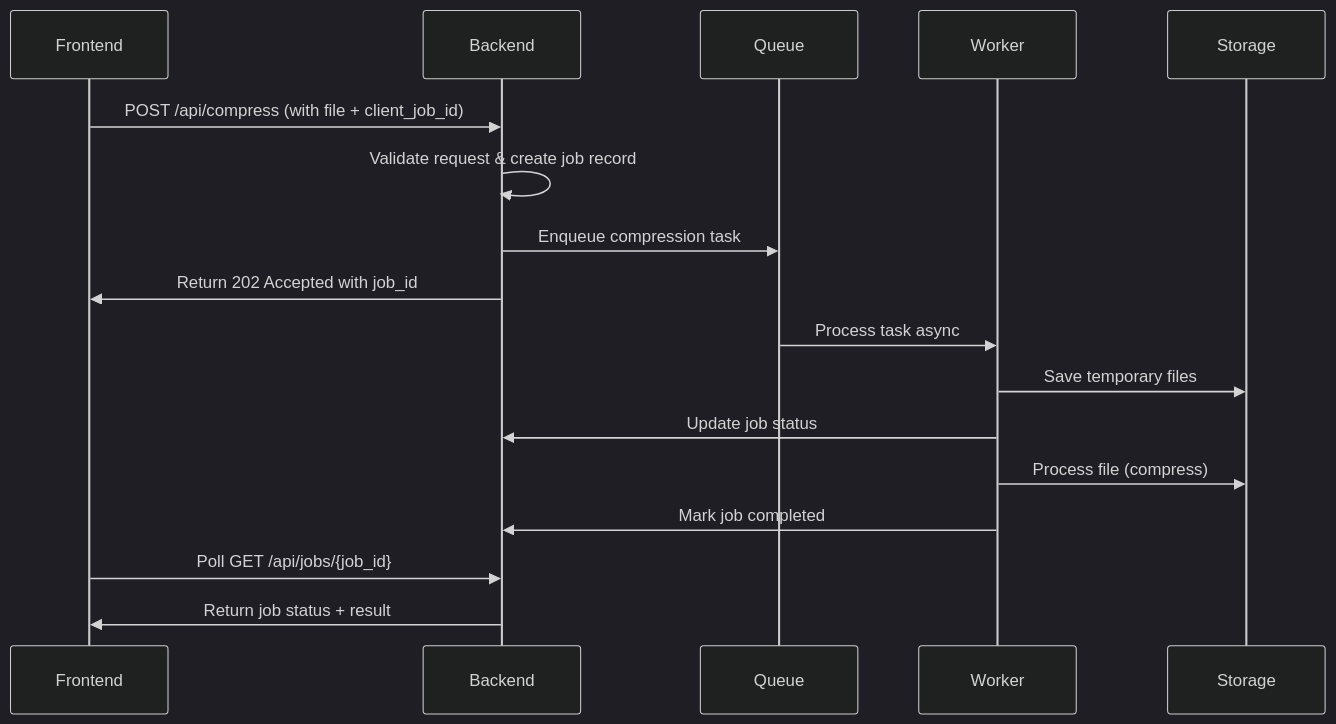
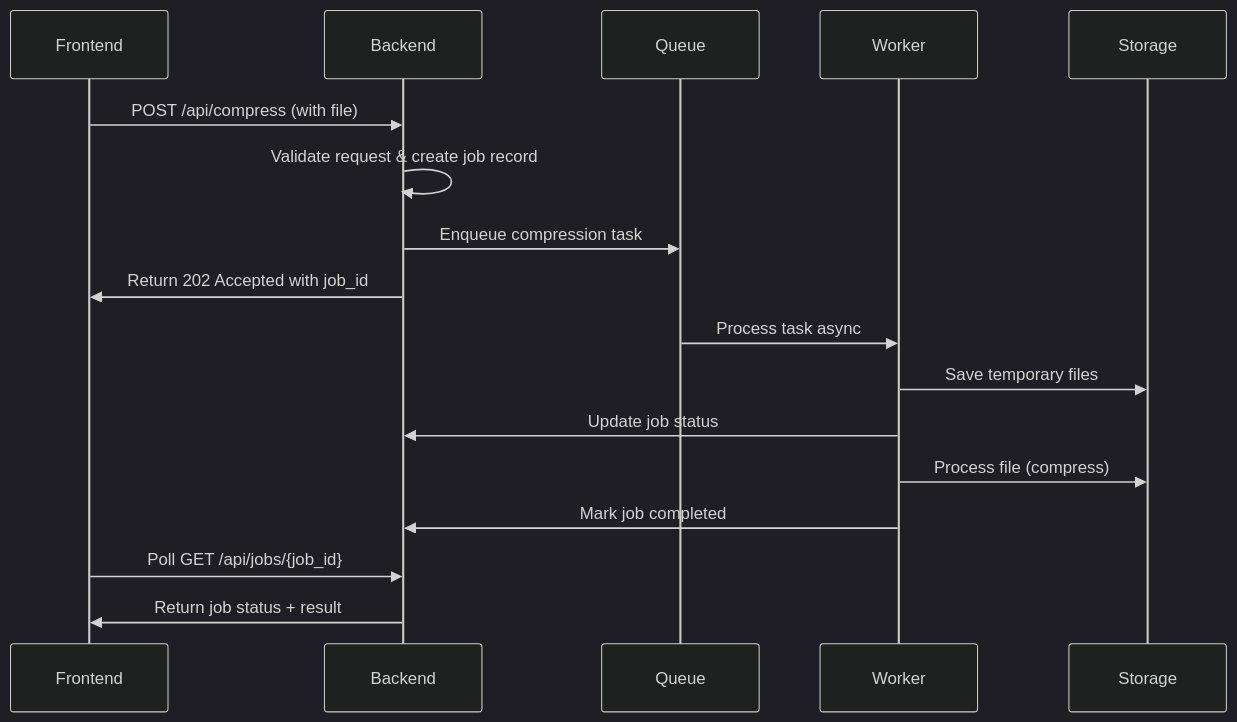
One commit to Custom-Logic/pdf_smaller_backend changed the diagram in README.md. Above: the diagram before and after it, drawn with Mermaid (dark theme). The commit also changed other lines of this file and 7 other files, not shown here.

First line of the commit message:
refactor(docs): remove client_job_id and simplify configuration

````diff
--- a/README.md
+++ b/README.md
@@ -38,22 +38,22 @@
 ```mermaid
 sequenceDiagram
     participant Frontend
     participant Backend
     participant Queue
     participant Worker
     participant Storage
 
-    Frontend->>Backend: POST /api/compress (with file + client_job_id)
+    Frontend->>Backend: POST /api/compress (with file)
     Backend->>Backend: Validate request & create job record
     Backend->>Queue: Enqueue compression task
     Backend->>Frontend: Return 202 Accepted with job_id
     
     Queue->>Worker: Process task async
     Worker->>Storage: Save temporary files
     Worker->>Backend: Update job status
     Worker->>Storage: Process file (compress)
     Worker->>Backend: Mark job completed
     
     Frontend->>Backend: Poll GET /api/jobs/{job_id}
     Backend->>Frontend: Return job status + result
 ```
````
